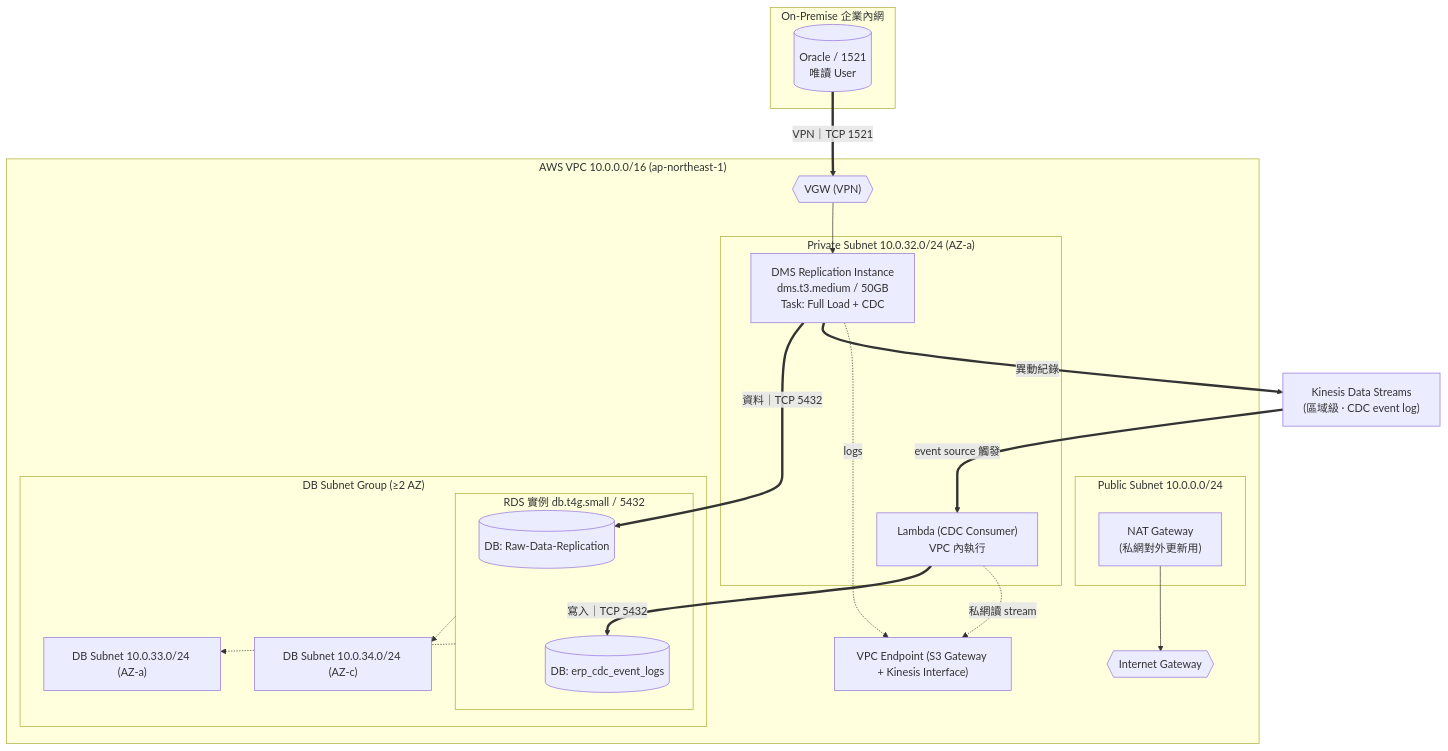
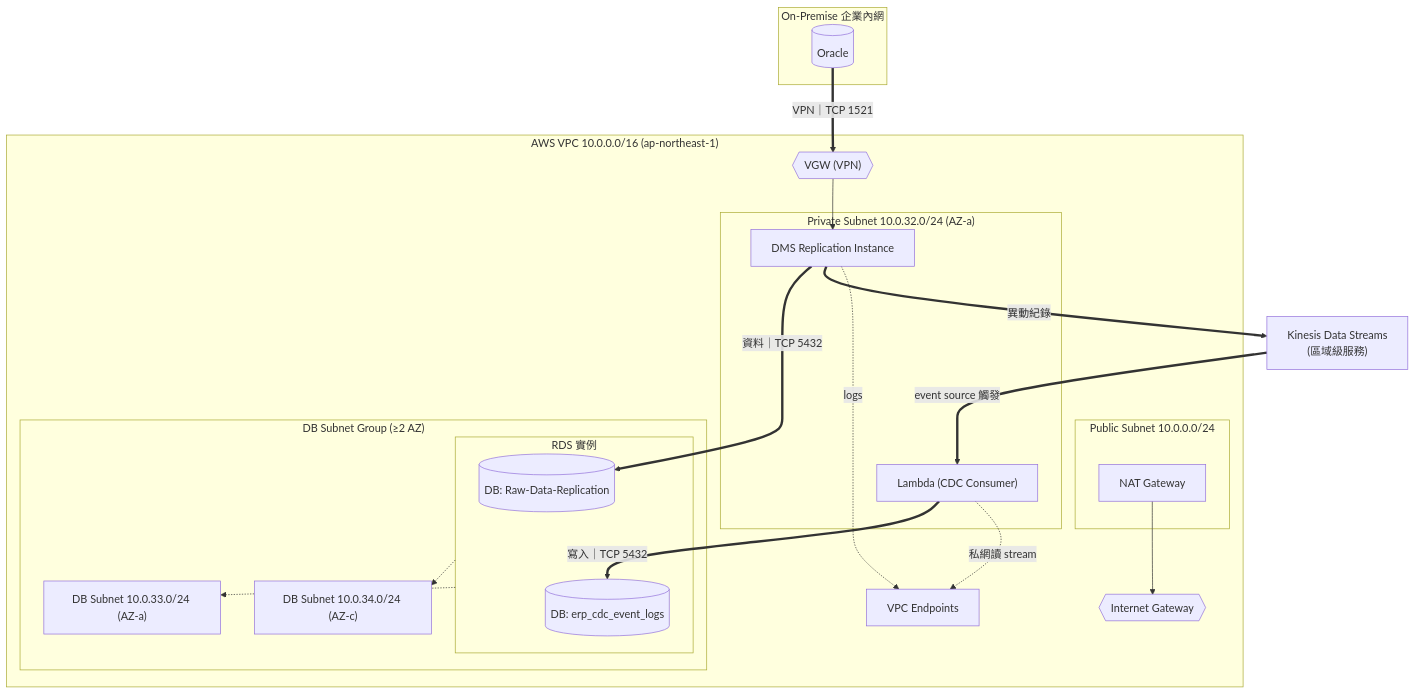
The second of 10 diagrams in docs/Arch/aws-to-local-infra-arch.md (Jiaye-DF/data-center-etl), drawn with Mermaid before and after one commit. The commit also changed other lines of this file and 1 other file, not shown here.

Commit message:
(AI) Docs: 架構圖分頁重整為 14 節(拆 VPC Endpoint / Phase 2 排程 / 名詞解說)並使 md 與 HTML 章節對齊

````diff
--- a/docs/Arch/aws-to-local-infra-arch.md
+++ b/docs/Arch/aws-to-local-infra-arch.md
@@ -101,41 +102,41 @@
 ```mermaid
 flowchart TB
   subgraph ONPREM["On-Premise 企業內網"]
-    ORA[("Oracle / 1521<br/>唯讀 User")]
+    ORA[("Oracle")]
   end
 
   subgraph AWS["AWS VPC 10.0.0.0/16 (ap-northeast-1)"]
     IGW{{"Internet Gateway"}}
     VGW{{"VGW (VPN)"}}
 
     subgraph PUB["Public Subnet 10.0.0.0/24"]
-      NAT["NAT Gateway<br/>(私網對外更新用)"]
+      NAT["NAT Gateway"]
     end
     subgraph PRIV["Private Subnet 10.0.32.0/24 (AZ-a)"]
-      DMS["DMS Replication Instance<br/>dms.t3.medium / 50GB<br/>Task: Full Load + CDC"]
-      LMB["Lambda (CDC Consumer)<br/>VPC 內執行"]
+      DMS["DMS Replication Instance"]
+      LMB["Lambda (CDC Consumer)"]
     end
     subgraph DBG["DB Subnet Group (≥2 AZ)"]
-      subgraph RDSI["RDS 實例 db.t4g.small / 5432"]
+      subgraph RDSI["RDS 實例"]
         RAW[("DB: Raw-Data-Replication")]
         CDCDB[("DB: erp_cdc_event_logs")]
       end
       NETA["DB Subnet 10.0.33.0/24 (AZ-a)"]
       NETC["DB Subnet 10.0.34.0/24 (AZ-c)"]
     end
-    VPCE["VPC Endpoint (S3 Gateway + Kinesis Interface)"]
+    VPCE["VPC Endpoints"]
   end
 
-  KDS["Kinesis Data Streams<br/>(區域級 · CDC event log)"]
+  KDS["Kinesis Data Streams<br/>(區域級服務)"]
 
   ORA == "VPN｜TCP 1521" ==> VGW --> DMS
   DMS == "資料｜TCP 5432" ==> RAW
   DMS == "異動紀錄" ==> KDS
   KDS == "event source 觸發" ==> LMB
   LMB == "寫入｜TCP 5432" ==> CDCDB
   LMB -.私網讀 stream.-> VPCE
   RDSI -.-> NETA
   RDSI -.-> NETC
   DMS -.logs.-> VPCE
   NAT --> IGW
 ```
````
